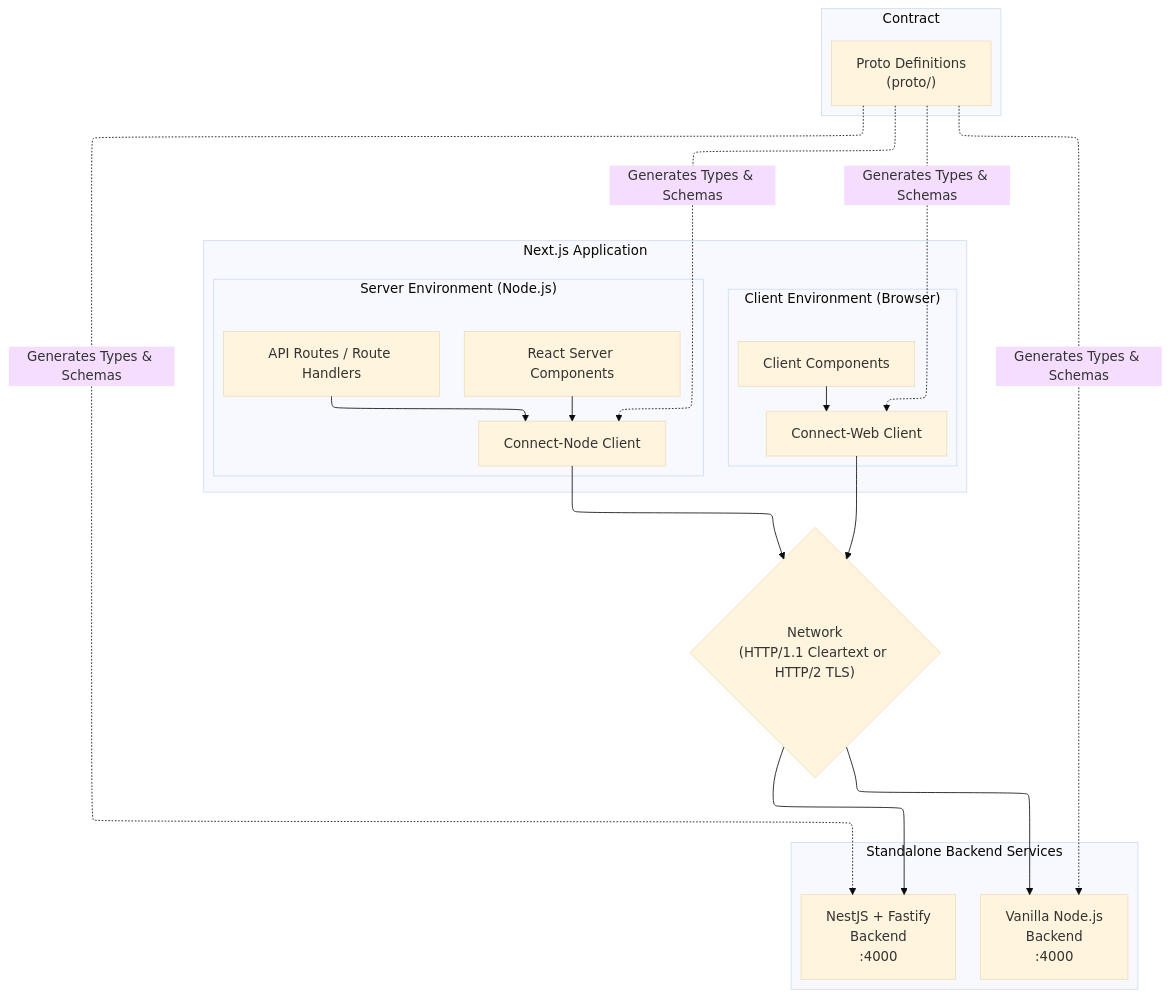
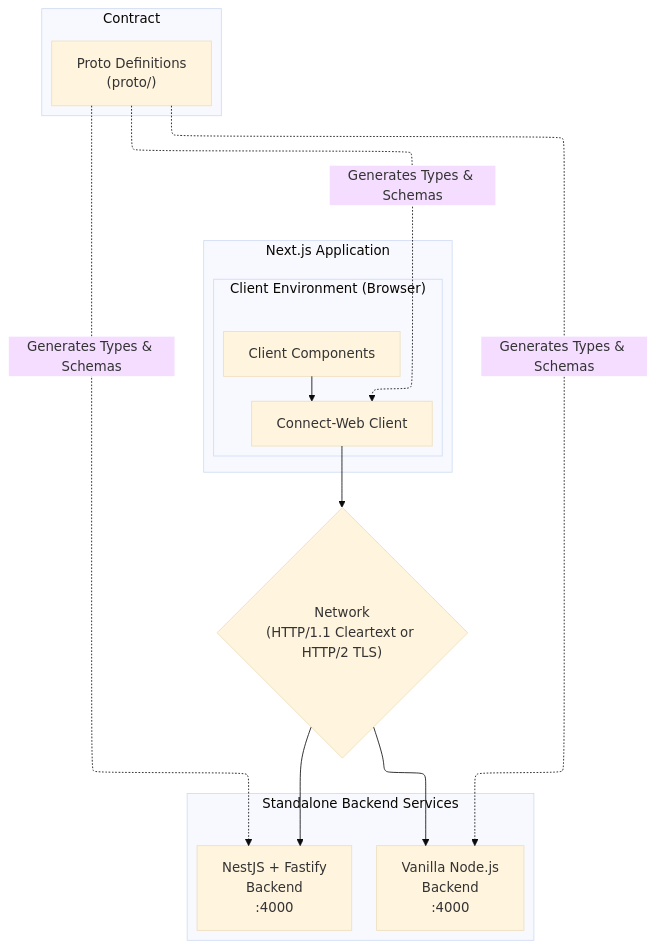
One commit to ask4fusora/connectrpc-with-ecmascript changed the diagram in README.md. Above: the diagram before and after it, drawn with Mermaid (base theme). The commit also changed other lines of this file and 3 other files, not shown here.

Commit message:
docs: remove RSC and `@connectrpc/connect-node` references

````diff
--- a/README.md
+++ b/README.md
@@ -82,44 +82,34 @@
 ```mermaid
 ---
 config:
   layout: elk
 ---
 graph TD
   subgraph Schema["Contract"]
     I["Proto Definitions<br/>(proto/)"]
   end
 
   subgraph NextJS["Next.js Application"]
     subgraph Browser["Client Environment (Browser)"]
       C["Client Components"]
       D1["Connect-Web Client"]
       C --> D1
     end
-
-    subgraph NodeServer["Server Environment (Node.js)"]
-      B["React Server Components"]
-      H["API Routes / Route Handlers"]
-      D2["Connect-Node Client"]
-      B --> D2
-      H --> D2
-    end
   end
 
   I -. "Generates Types & Schemas" .-> D1
-  I -. "Generates Types & Schemas" .-> D2
   I -. "Generates Types & Schemas" .-> F
   I -. "Generates Types & Schemas" .-> G
 
   E{"Network<br/>(HTTP/1.1 Cleartext or HTTP/2 TLS)"}
 
   D1 --> E
-  D2 --> E
 
   subgraph Backends["Standalone Backend Services"]
     F["NestJS + Fastify<br/>Backend<br/>:4000"]
     G["Vanilla Node.js<br/>Backend<br/>:4000"]
   end
 
   E --> F
   E --> G
 ```
````
